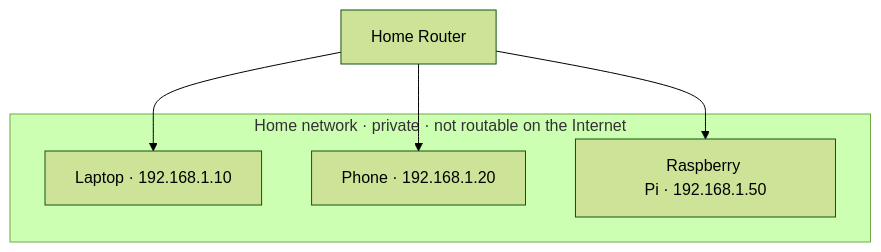
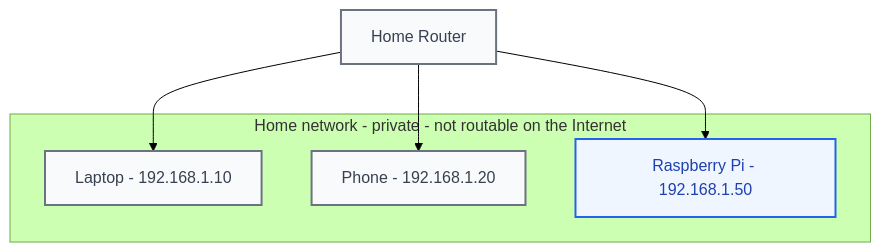
Before and after one commit to kiavash599/conduit-control-center: the diagram in docs/diagrams/source/dgm-03-network-private-ip.mmd, drawn with Mermaid (forest theme). The commit also changed other lines of this file and 36 other files, not shown here.

Commit message:
docs: add networking chapter diagrams

```diff
--- a/docs/diagrams/source/dgm-03-network-private-ip.mmd
+++ b/docs/diagrams/source/dgm-03-network-private-ip.mmd
@@ -1,11 +1,19 @@
-%% DGM-03 network-private-ip — private IPs are valid only inside the home network
+%% DGM-03 network-private-ip - private IPs are valid only inside the home network
 flowchart TD
   R[Home Router]
-  subgraph LAN[Home network · private · not routable on the Internet]
-    L[Laptop&nbsp;·&nbsp;192.168.1.10]
-    P[Phone&nbsp;·&nbsp;192.168.1.20]
-    Pi[Raspberry Pi&nbsp;·&nbsp;192.168.1.50]
+  subgraph LAN[Home network - private - not routable on the Internet]
+    L[Laptop - 192.168.1.10]
+    P[Phone - 192.168.1.20]
+    Pi[Raspberry Pi - 192.168.1.50]
   end
   R --> L
   R --> P
   R --> Pi
+
+  classDef primary fill:#EFF6FF,stroke:#2563EB,color:#1E40AF,stroke-width:2px;
+  classDef neutral fill:#F9FAFB,stroke:#6B7280,color:#374151,stroke-width:2px;
+  classDef success fill:#F0FDF4,stroke:#16A34A,color:#166534,stroke-width:2px;
+  classDef warning fill:#FFFBEB,stroke:#D97706,color:#92400E,stroke-width:2px;
+  classDef danger  fill:#FEF2F2,stroke:#DC2626,color:#991B1B,stroke-width:2px;
+  class Pi primary;
+  class R,L,P neutral;
```
